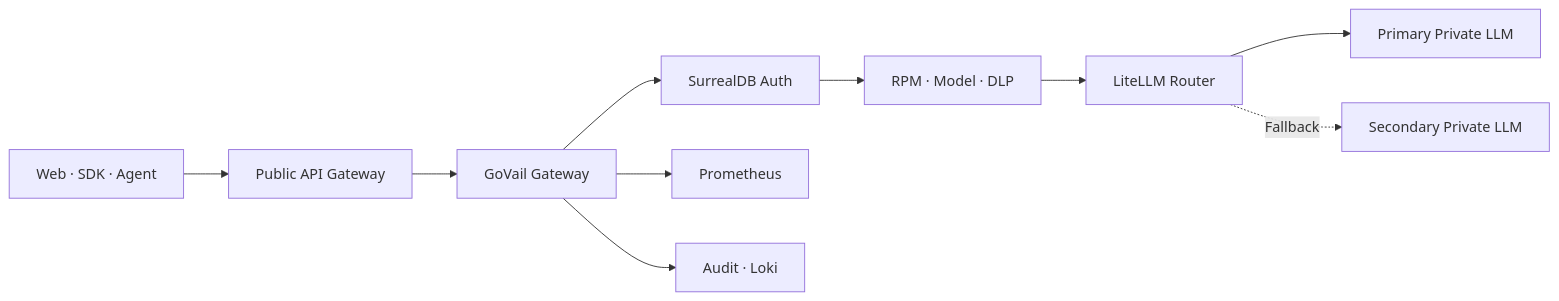
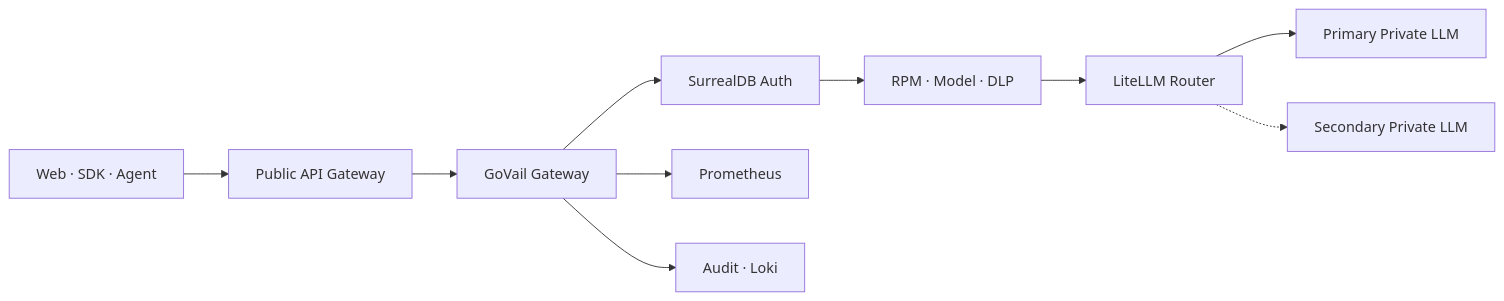
One commit to devcy0922/devcy0922.github.io changed the first of 2 diagrams in docs/projects/govail-gateway.md. Above: the diagram before and after it, drawn with Mermaid. The commit also changed other lines of this file and 12 other files, not shown here.

````diff
--- a/docs/projects/govail-gateway.md
+++ b/docs/projects/govail-gateway.md
@@ -35,12 +35,12 @@
 ```mermaid
 flowchart LR
     Client["Web · SDK · Agent"] --> Edge["Public API Gateway"]
     Edge --> GoVail["GoVail Gateway"]
     GoVail --> Auth["SurrealDB Auth"]
     Auth --> Policy["RPM · Model · DLP"]
     Policy --> Router["LiteLLM Router"]
     Router --> Primary["Primary Private LLM"]
-    Router -. "Fallback" .-> Secondary["Secondary Private LLM"]
+    Router -.-> Secondary["Secondary Private LLM"]
     GoVail --> Metrics["Prometheus"]
     GoVail --> Audit["Audit · Loki"]
 ```
````
